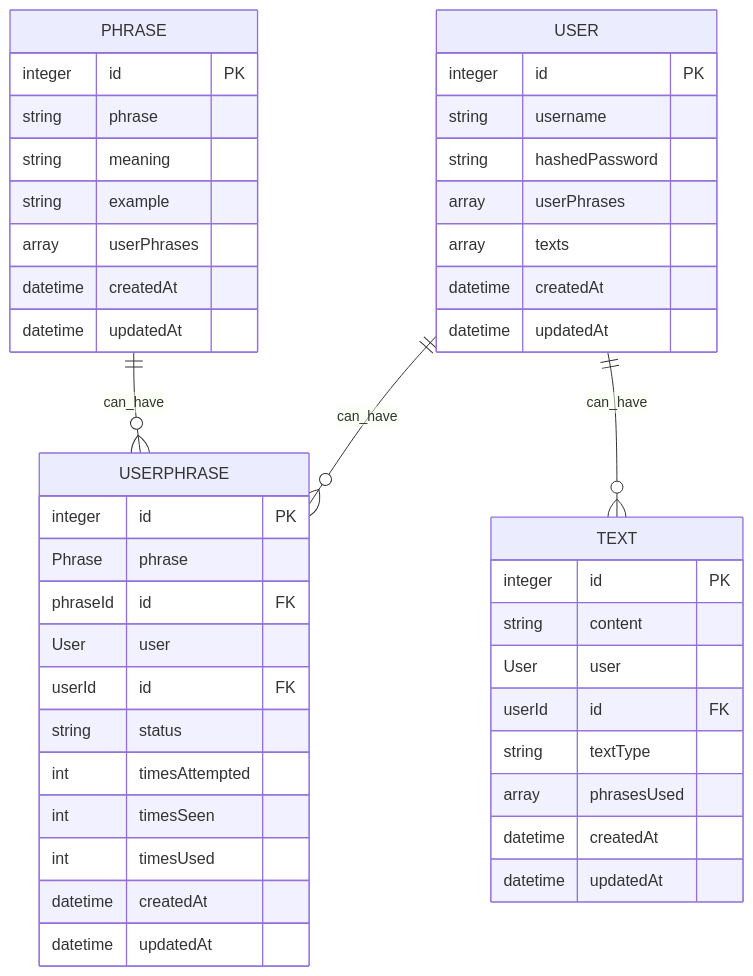
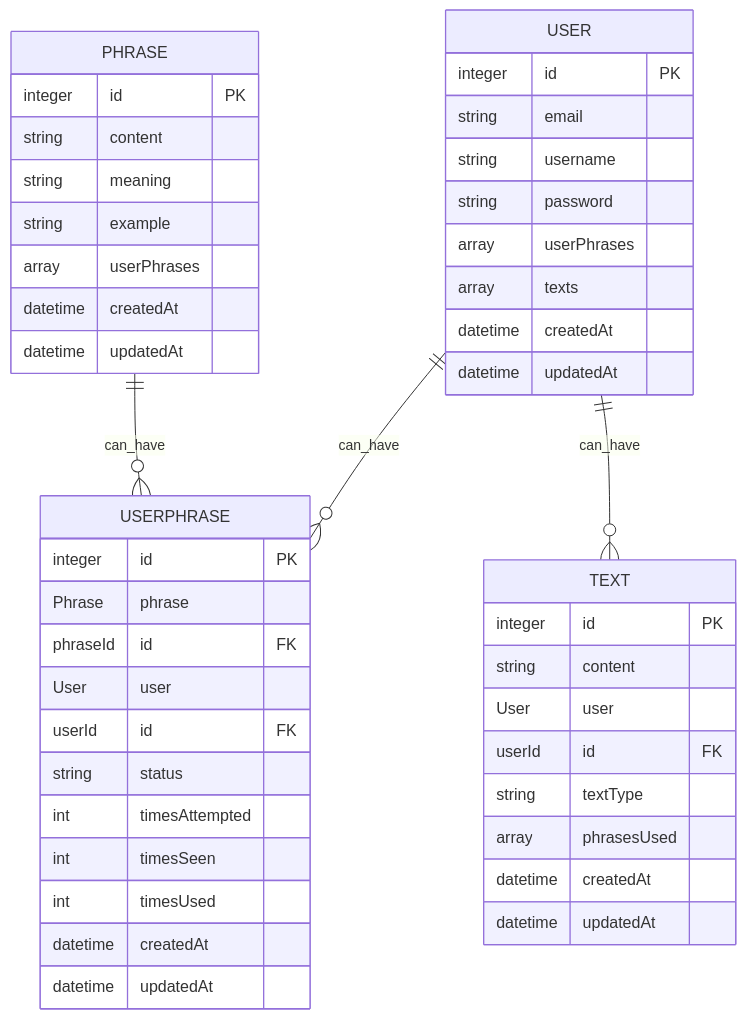
The diagram in docs/erd.md (Chloe070196/phrases-app-API), drawn with Mermaid before and after one commit.

Commit message:
docs: update erd

````diff
--- a/docs/erd.md
+++ b/docs/erd.md
@@ -20,51 +20,52 @@
  ```mermaid
 
 erDiagram
 
  PHRASE ||--o{ USERPHRASE : can_have
  USER ||--o{ USERPHRASE : can_have
  USER ||--o{ TEXT : can_have
 
  USER {
     integer         id              PK
+    string          email           
     string          username
-    string          hashedPassword
+    string          password
     array           userPhrases   
     array           texts
     datetime        createdAt
     datetime        updatedAt 
  }
  PHRASE {
     integer         id              PK
-    string          phrase
+    string          content
     string          meaning
     string          example
     array           userPhrases 
     datetime        createdAt
     datetime        updatedAt 
  }
  USERPHRASE {
     integer     id              PK
     Phrase      phrase
     phraseId    id              FK
     User        user            
     userId      id              FK
     string      status
     int         timesAttempted
     int         timesSeen
     int         timesUsed
     datetime    createdAt
     datetime    updatedAt 
  }
  TEXT {
     integer     id              PK
     string      content 
     User        user            
     userId      id              FK   
     string      textType    
     array       phrasesUsed        
     datetime    createdAt
     datetime    updatedAt 
  }
 
  ```
````
